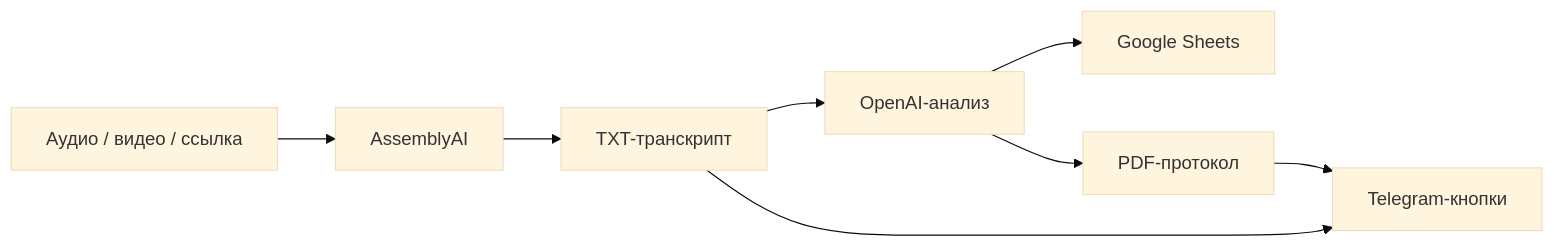
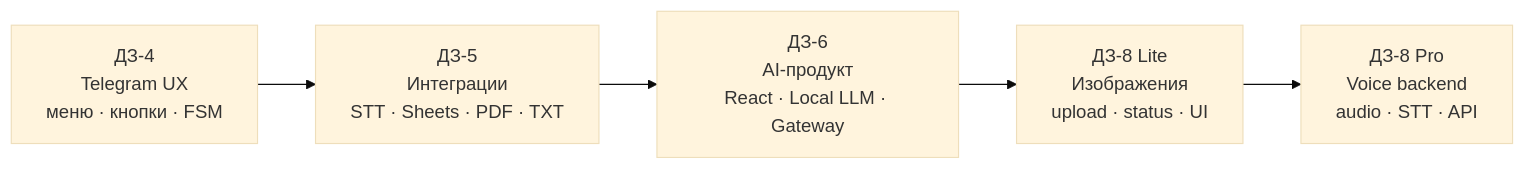
The first of 2 diagrams in README.md (VictorKVS/Vibe-coding), drawn with Mermaid (base theme) before and after one commit. The commit also changed other lines of this file, not shown here.

````diff
--- a/README.md
+++ b/README.md
@@ -21,10 +25,10 @@
 ```mermaid
 flowchart LR
-    F["Аудио / видео / ссылка"] --> STT["AssemblyAI"]
-    STT --> TXT["TXT-транскрипт"]
-    TXT --> AI["OpenAI-анализ"]
-    AI --> GS["Google Sheets"]
-    AI --> PDF["PDF-протокол"]
-    TXT --> TG["Telegram-кнопки"]
-    PDF --> TG
+    D4["ДЗ-4<br/>Telegram UX<br/>меню · кнопки · FSM"]
+    D5["ДЗ-5<br/>Интеграции<br/>STT · Sheets · PDF · TXT"]
+    D6["ДЗ-6<br/>AI-продукт<br/>React · Local LLM · Gateway"]
+    D8L["ДЗ-8 Lite<br/>Изображения<br/>upload · status · UI"]
+    D8P["ДЗ-8 Pro<br/>Voice backend<br/>audio · STT · API"]
+
+    D4 --> D5 --> D6 --> D8L --> D8P
 ```
````
